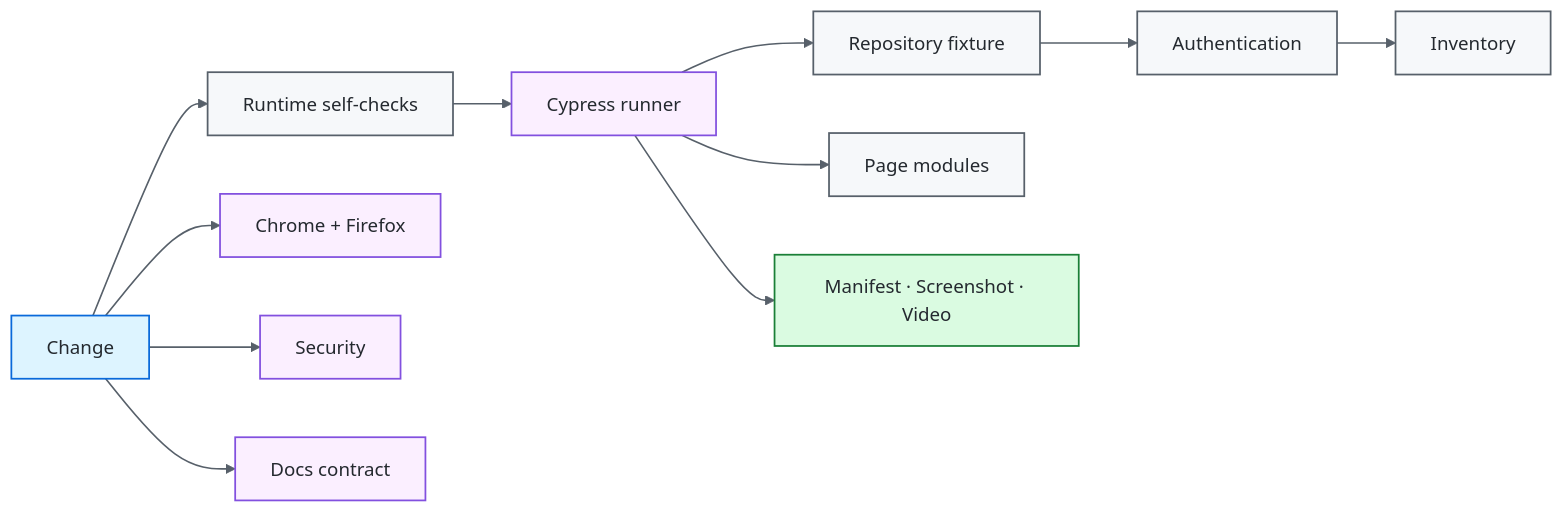
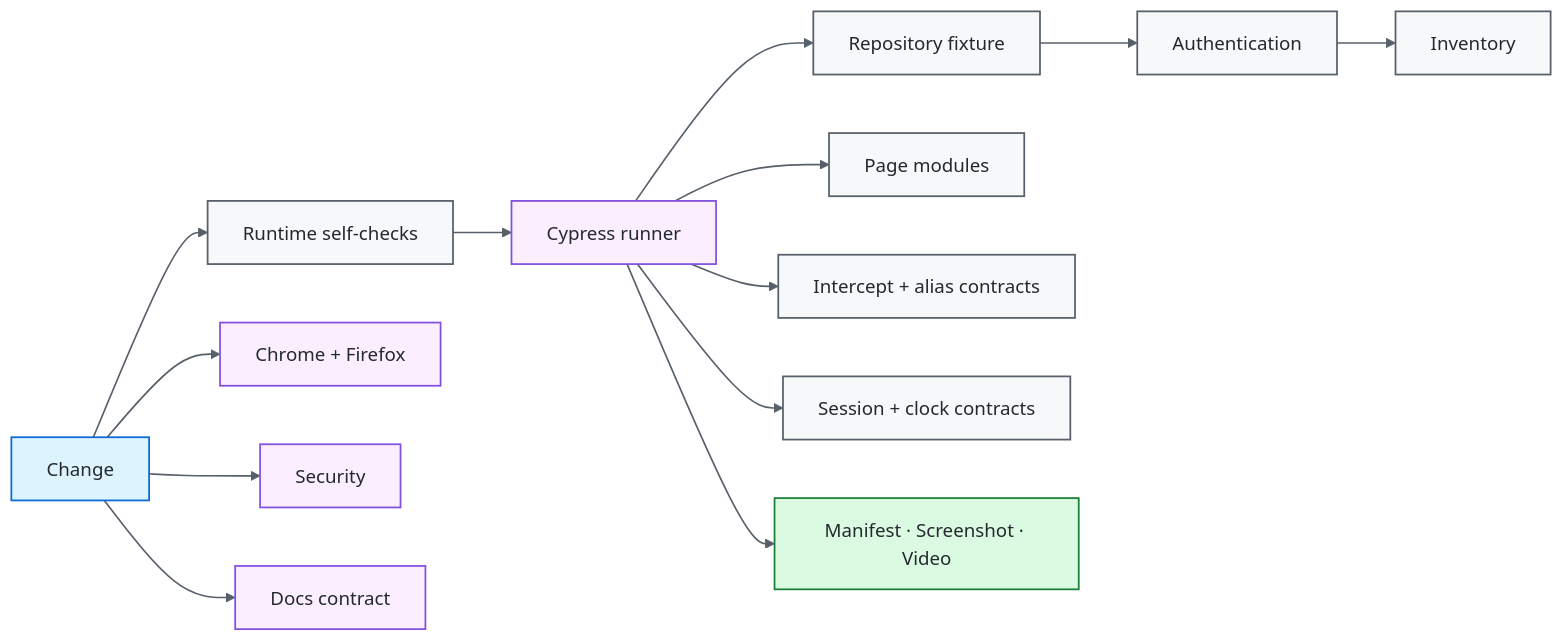
One commit to portyu9/qa-automation-ui-cypress changed the diagram in README.md. Above: the diagram before and after it, drawn with Mermaid (forest theme). The commit also changed other lines of this file, not shown here.

````diff
--- a/README.md
+++ b/README.md
@@ -38,23 +39,25 @@
 ```mermaid
 flowchart LR
     CHANGE[Change] --> CFG[Runtime self-checks]
     CFG --> CYP[Cypress runner]
     CYP --> FIX[Repository fixture]
     FIX --> AUTH[Authentication]
     AUTH --> INV[Inventory]
     CYP --> PAGE[Page modules]
+    CYP --> NET[Intercept + alias contracts]
+    CYP --> STATE[Session + clock contracts]
     CYP --> EV[Manifest · Screenshot · Video]
     CHANGE --> EXT[Chrome + Firefox]
     CHANGE --> SEC[Security]
     CHANGE --> DOCS[Docs contract]
 
     classDef entry fill:#ddf4ff,stroke:#0969da,color:#24292f,stroke-width:1.5px;
     classDef core fill:#f6f8fa,stroke:#57606a,color:#24292f,stroke-width:1.5px;
     classDef gate fill:#fbefff,stroke:#8250df,color:#24292f,stroke-width:1.5px;
     classDef evidence fill:#dafbe1,stroke:#1a7f37,color:#24292f,stroke-width:1.5px;
     class CHANGE entry;
-    class CFG,FIX,AUTH,INV,PAGE core;
+    class CFG,FIX,AUTH,INV,PAGE,NET,STATE core;
     class CYP,EXT,SEC,DOCS gate;
     class EV evidence;
     linkStyle default stroke:#57606a,stroke-width:1.4px;
 ```
````
